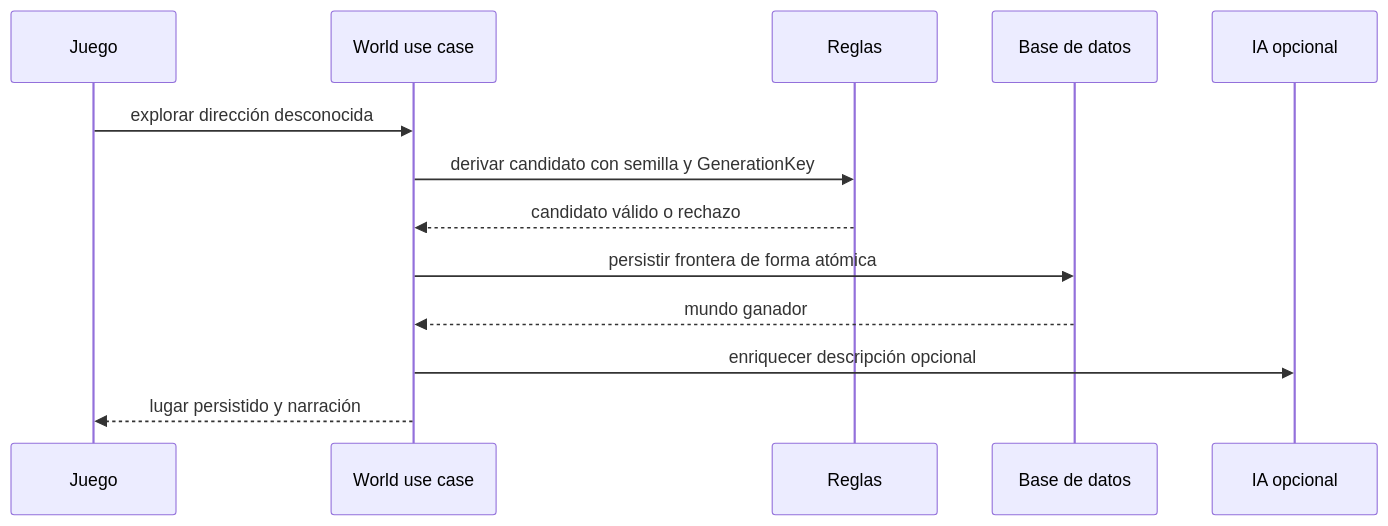
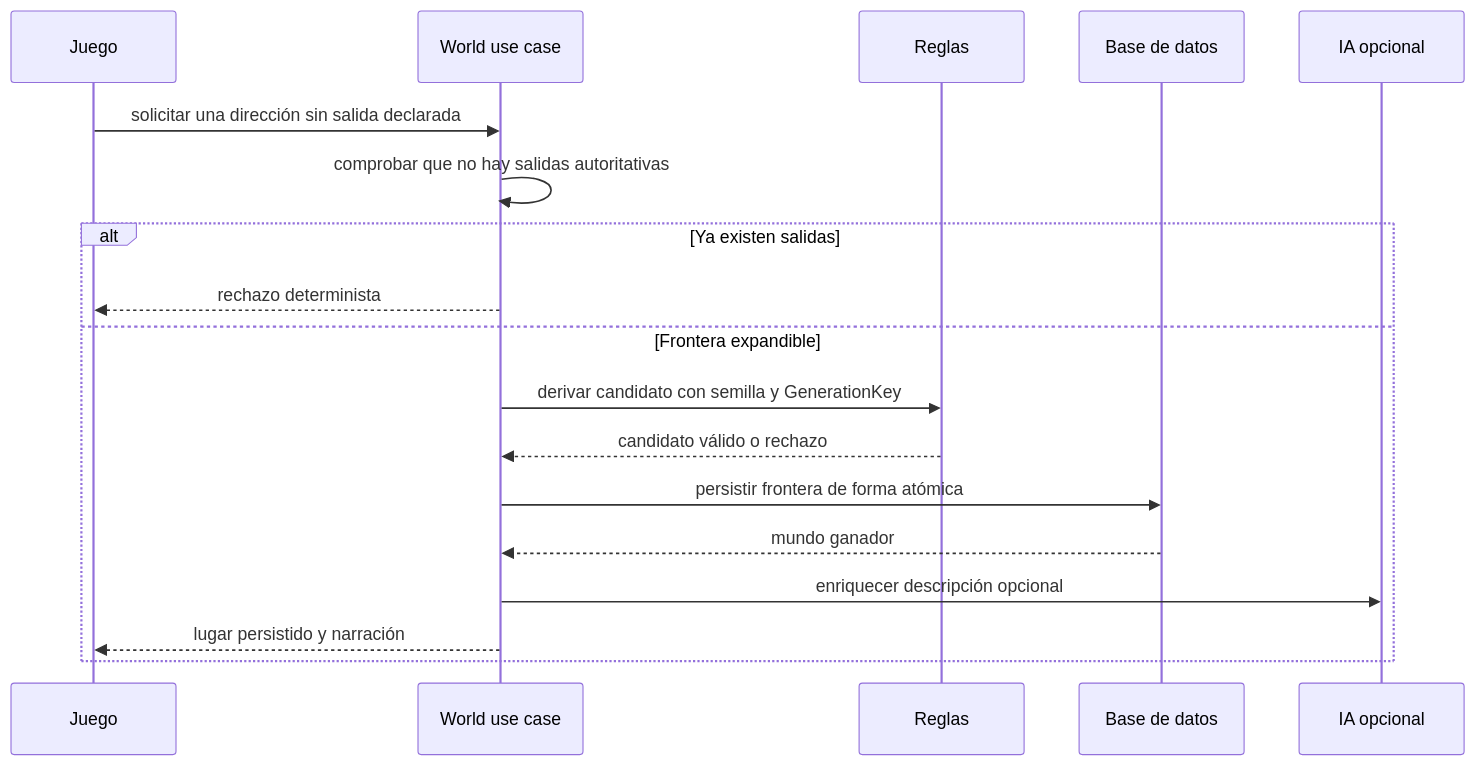
One commit to sparraguerra/ai-spectrum-adventure changed the diagram in docs/technical-talk/resources/07-dynamic-world.md. Above: the diagram before and after it, drawn with Mermaid. The commit also changed other lines of this file and 6 other files, not shown here.

````diff
--- a/docs/technical-talk/resources/07-dynamic-world.md
+++ b/docs/technical-talk/resources/07-dynamic-world.md
@@ -5,15 +5,20 @@
 ```mermaid
 sequenceDiagram
     participant G as Juego
     participant W as World use case
     participant R as Reglas
     participant D as Base de datos
     participant A as IA opcional
-    G->>W: explorar dirección desconocida
+    G->>W: solicitar una dirección sin salida declarada
+    W->>W: comprobar que no hay salidas autoritativas
+    alt Ya existen salidas
+        W-->>G: rechazo determinista
+    else Frontera expandible
     W->>R: derivar candidato con semilla y GenerationKey
     R-->>W: candidato válido o rechazo
     W->>D: persistir frontera de forma atómica
     D-->>W: mundo ganador
     W->>A: enriquecer descripción opcional
     W-->>G: lugar persistido y narración
+    end
 ```
````
